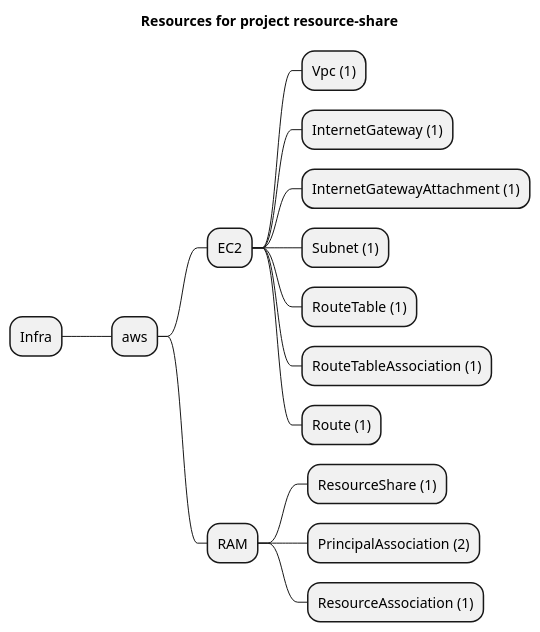
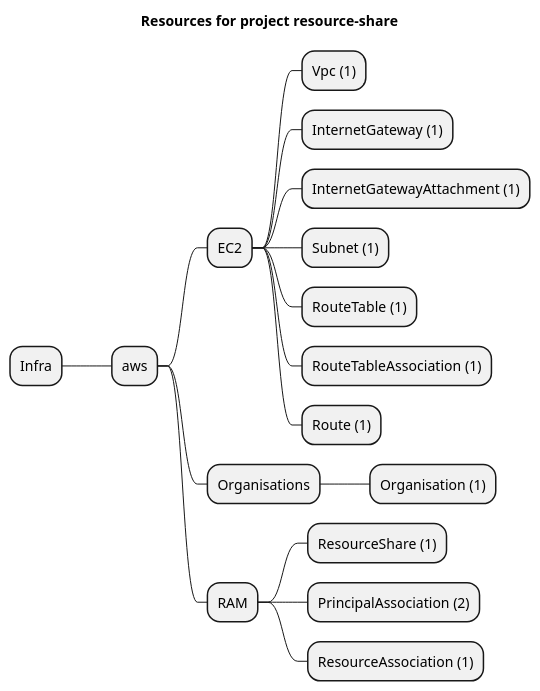
Before and after one commit to grucloud/grucloud: the diagram in examples/aws/RAM/resource-share/artifacts/resources-mindmap.puml, drawn with PlantUML. The commit also changed 13 other files, not shown here.

```diff
--- a/examples/aws/RAM/resource-share/artifacts/resources-mindmap.puml
+++ b/examples/aws/RAM/resource-share/artifacts/resources-mindmap.puml
@@ -1,18 +1,20 @@
 @startmindmap
 title Resources for project resource-share
 skinparam monochrome true
 + Infra
 ++ aws
 +++ EC2
 ++++ Vpc (1)
 ++++ InternetGateway (1)
 ++++ InternetGatewayAttachment (1)
 ++++ Subnet (1)
 ++++ RouteTable (1)
 ++++ RouteTableAssociation (1)
 ++++ Route (1)
++++ Organisations
+++++ Organisation (1)
 +++ RAM
 ++++ ResourceShare (1)
 ++++ PrincipalAssociation (2)
 ++++ ResourceAssociation (1)
 @endmindmap
```
